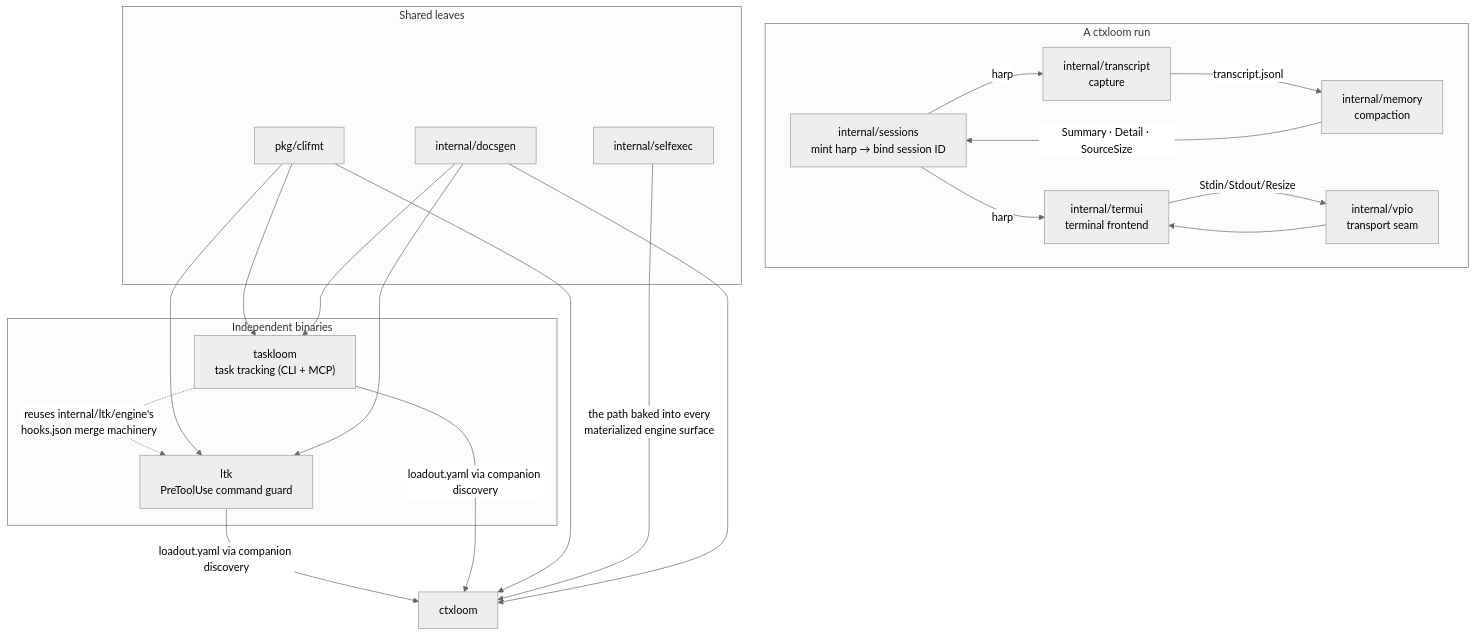
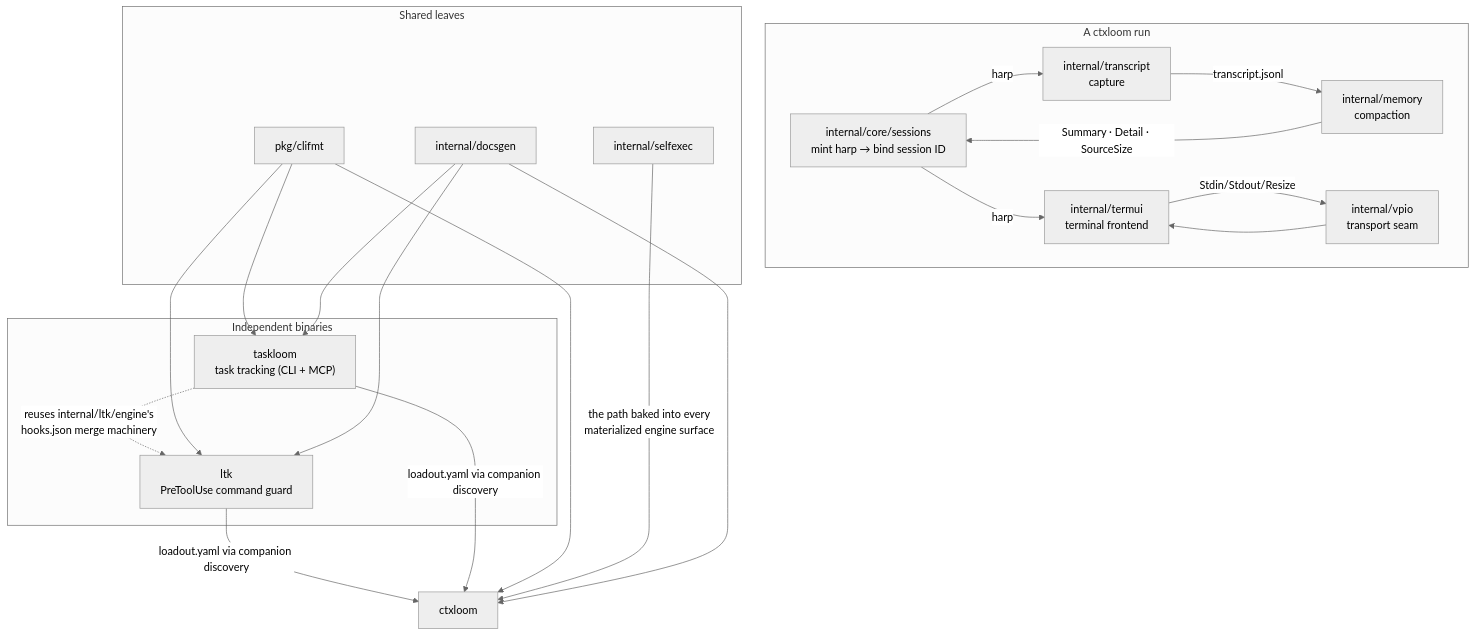
Before and after one commit to ctxloom/ctxloom: the diagram in docs/architecture/companions/README.md, drawn with Mermaid (neutral theme). The commit also changed other lines of this file and 1836 other files, not shown here.

First line of the commit message:
refactor(arch): move the core ring into internal/core

````diff
--- a/docs/architecture/companions/README.md
+++ b/docs/architecture/companions/README.md
@@ -29,36 +29,36 @@
 ```mermaid
 flowchart TD
     subgraph binaries["Independent binaries"]
       LTK["ltk<br/>PreToolUse command guard"]
       TL["taskloom<br/>task tracking (CLI + MCP)"]
     end
 
     subgraph run["A ctxloom run"]
-      SESS["internal/sessions<br/>mint harp → bind session ID"]
+      SESS["internal/core/sessions<br/>mint harp → bind session ID"]
       TERM["internal/termui<br/>terminal frontend"]
       VP["internal/vpio<br/>transport seam"]
       TR["internal/transcript<br/>capture"]
       MEM["internal/memory<br/>compaction"]
     end
 
     subgraph leaves["Shared leaves"]
       CF["pkg/clifmt"]
       SE["internal/selfexec"]
       DG["internal/docsgen"]
     end
 
     SESS -->|"harp"| TR
     SESS -->|"harp"| TERM
     TR -->|"transcript.jsonl"| MEM
     MEM -->|"Summary · Detail · SourceSize"| SESS
     VP --> TERM
     TERM -->|"Stdin/Stdout/Resize"| VP
 
     LTK -->|"loadout.yaml via companion discovery"| CTX["ctxloom"]
     TL -->|"loadout.yaml via companion discovery"| CTX
     TL -.->|"reuses internal/ltk/engine's<br/>hooks.json merge machinery"| LTK
 
     CF --> LTK & TL & CTX
     SE -->|"the path baked into every<br/>materialized engine surface"| CTX
     DG --> LTK & TL & CTX
 ```
````
